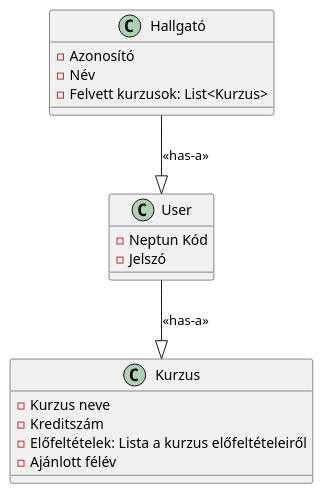
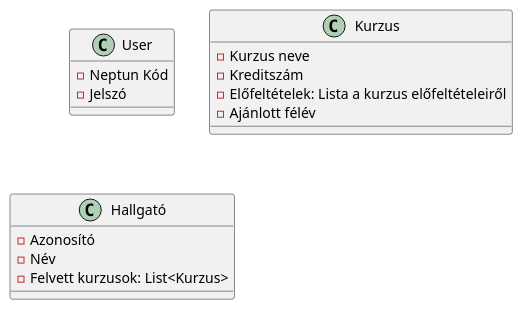
The second of 2 diagrams in fizikaiRendszerterv.md (TasnadiAttila/szoftverfejlesztesi-modszertanok), drawn with PlantUML before and after one commit. The commit also changed other lines of this file, not shown here.

```diff
--- a/fizikaiRendszerterv.md
+++ b/fizikaiRendszerterv.md
@@ -122,19 +122,17 @@
 				  	@startuml
 					class User {
 					  - Neptun Kód
 					  - Jelszó
 					}
 					class Kurzus {
 					  - Kurzus neve
 					  - Kreditszám
 					  - Előfeltételek: Lista a kurzus előfeltételeiről
 					  - Ajánlott félév
 					}
 					class Hallgató {
 					  - Azonosító
 					  - Név
 					  - Felvett kurzusok: List<Kurzus>
 					}
-					User --|> Kurzus : <<has-a>>
-					Hallgató --|> User : <<has-a>>
 					@enduml
```
